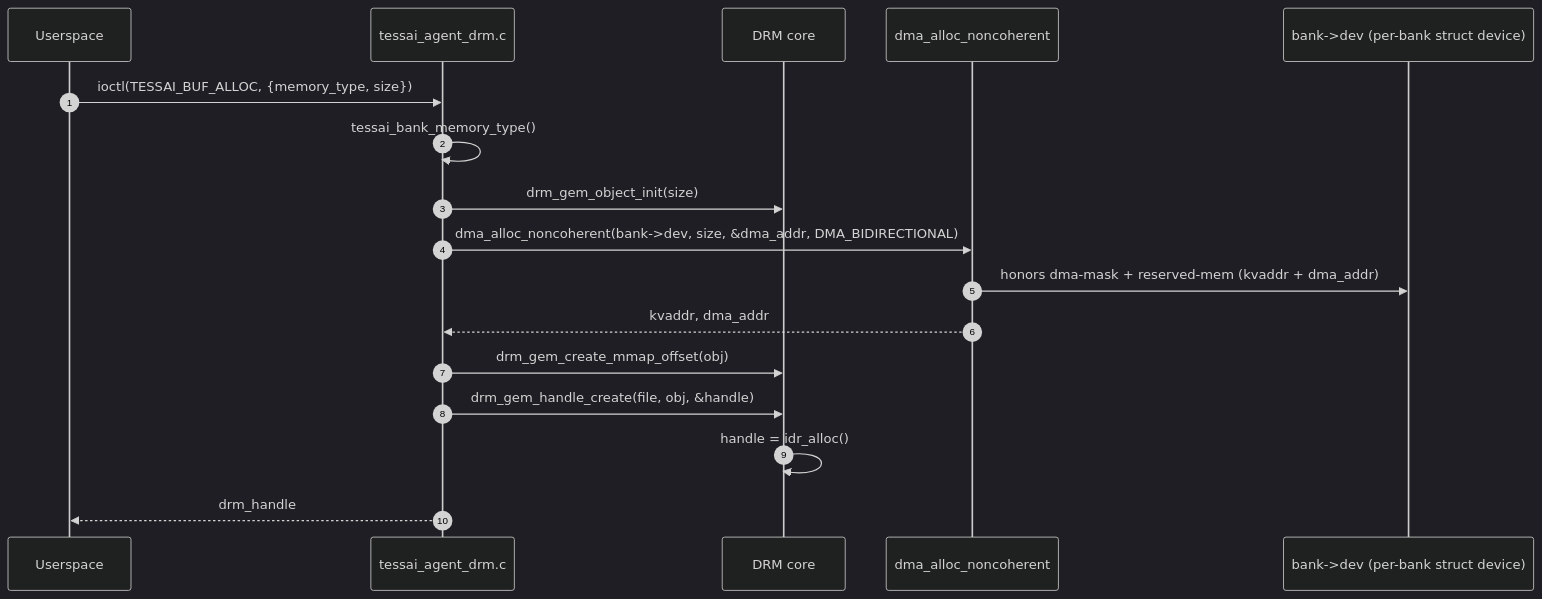
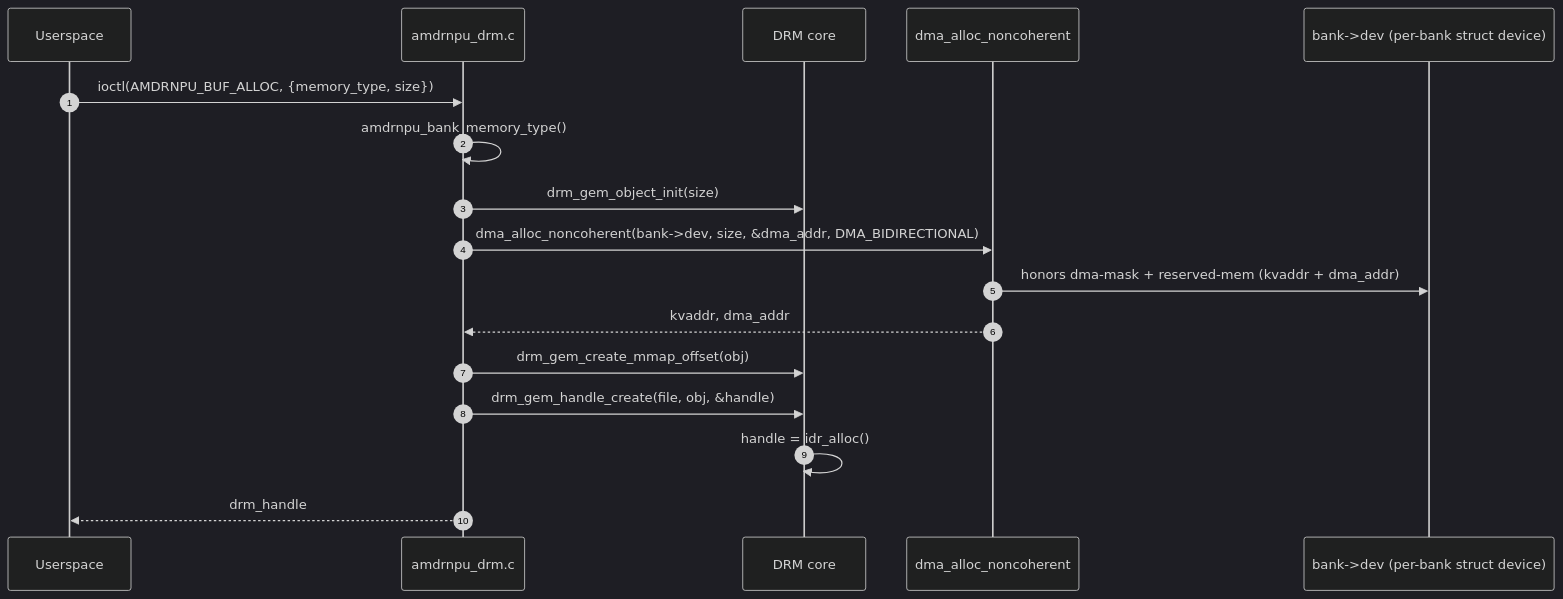
One commit to Xilinx/amdrnpu changed the third of 6 diagrams in docs/buffer-management.md. Above: the diagram before and after it, drawn with Mermaid (dark theme). The commit also changed other lines of this file and 107 other files, not shown here.

Commit message:
Change all tessai references to amdrnpu

````diff
--- a/docs/buffer-management.md
+++ b/docs/buffer-management.md
@@ -83,20 +83,20 @@
 ```mermaid
 sequenceDiagram
     autonumber
     participant U as Userspace
-    participant K as tessai_agent_drm.c
+    participant K as amdrnpu_drm.c
     participant CORE as DRM core
     participant DMA as dma_alloc_noncoherent
     participant BANK as bank->dev (per-bank struct device)
 
-    U->>K: ioctl(TESSAI_BUF_ALLOC, {memory_type, size})
-    K->>K: tessai_bank_memory_type()
+    U->>K: ioctl(AMDRNPU_BUF_ALLOC, {memory_type, size})
+    K->>K: amdrnpu_bank_memory_type()
     K->>CORE: drm_gem_object_init(size)
     K->>DMA: dma_alloc_noncoherent(bank->dev, size, &dma_addr, DMA_BIDIRECTIONAL)
     DMA->>BANK: honors dma-mask + reserved-mem (kvaddr + dma_addr)
     DMA-->>K: kvaddr, dma_addr
     K->>CORE: drm_gem_create_mmap_offset(obj)
     K->>CORE: drm_gem_handle_create(file, obj, &handle)
     CORE->>CORE: handle = idr_alloc()
     K-->>U: drm_handle
 ```
````
